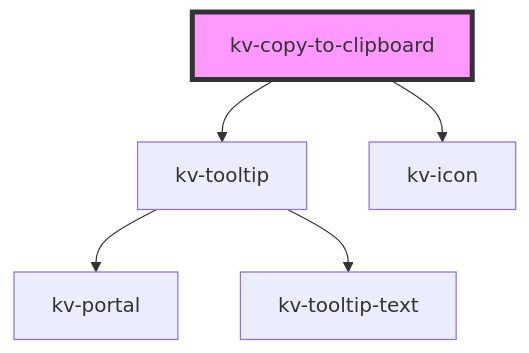
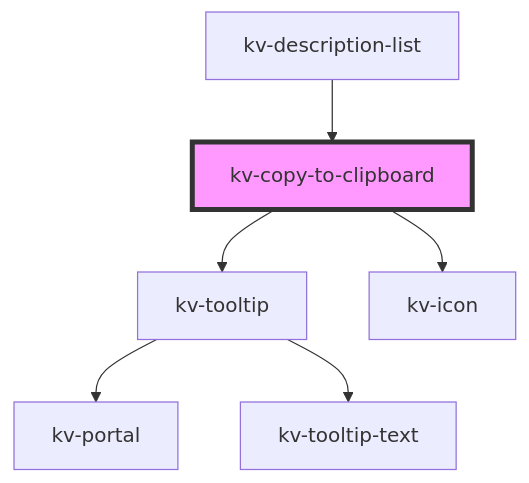
Before and after one commit to kelvininc/ui-components: the diagram in packages/ui-components/src/components/copy-to-clipboard/readme.md, drawn with Mermaid. The commit also changed other lines of this file and 7 other files, not shown here.

Commit message:
feat(description-list): enable component to be more customizable

````diff
--- a/packages/ui-components/src/components/copy-to-clipboard/readme.md
+++ b/packages/ui-components/src/components/copy-to-clipboard/readme.md
@@ -76,8 +80,9 @@
 ```mermaid
 graph TD;
   kv-copy-to-clipboard --> kv-tooltip
   kv-copy-to-clipboard --> kv-icon
   kv-tooltip --> kv-portal
   kv-tooltip --> kv-tooltip-text
+  kv-description-list --> kv-copy-to-clipboard
   style kv-copy-to-clipboard fill:#f9f,stroke:#333,stroke-width:4px
 ```
````
